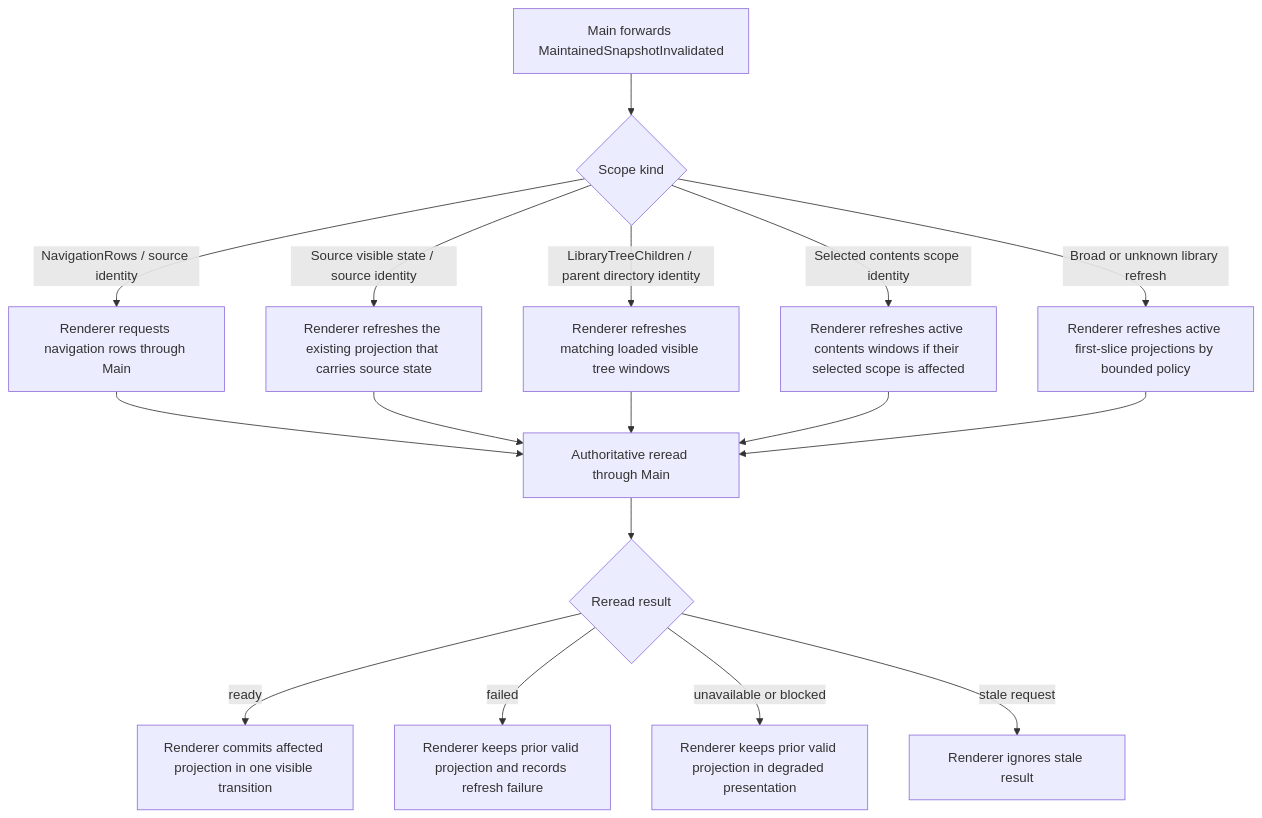
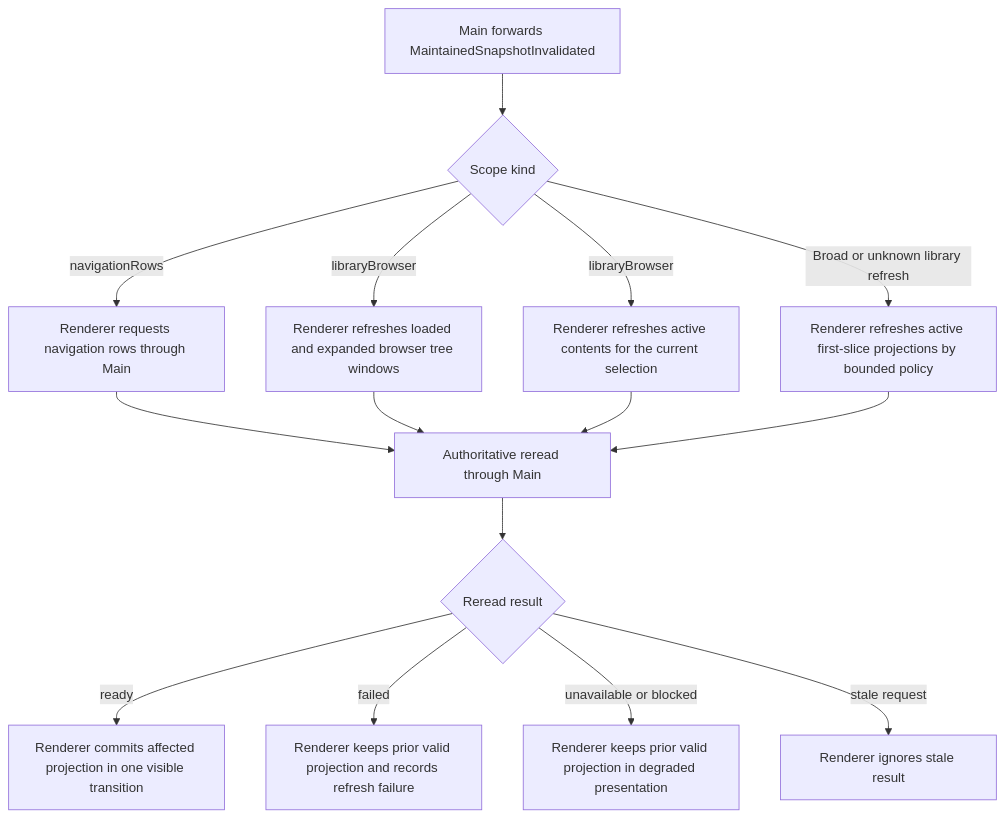
The ninth of 14 diagrams in docs/library/library-substrate-e2e-flow-diagrams.md (maikeleckelboom/dekzer-legacy), drawn with Mermaid before and after one commit. The commit also changed other lines of this file and 19 other files, not shown here.

````diff
--- a/docs/library/library-substrate-e2e-flow-diagrams.md
+++ b/docs/library/library-substrate-e2e-flow-diagrams.md
@@ -534,19 +534,17 @@
 ```mermaid
 flowchart TD
   A["Main forwards MaintainedSnapshotInvalidated"] --> B{"Scope kind"}
-  B -->|" NavigationRows / source identity "| C["Renderer requests navigation rows through Main"]
-  B -->|" Source visible state / source identity "| D["Renderer refreshes the existing projection that carries source state"]
-  B -->|" LibraryTreeChildren / parent directory identity "| E["Renderer refreshes matching loaded visible tree windows"]
-  B -->|" Selected contents scope identity "| F["Renderer refreshes active contents windows if their selected scope is affected"]
+  B -->|" navigationRows "| C["Renderer requests navigation rows through Main"]
+  B -->|" libraryBrowser "| D["Renderer refreshes loaded and expanded browser tree windows"]
+  B -->|" libraryBrowser "| F["Renderer refreshes active contents for the current selection"]
   B -->|" Broad or unknown library refresh "| G["Renderer refreshes active first-slice projections by bounded policy"]
   C --> H["Authoritative reread through Main"]
   D --> H
-  E --> H
   F --> H
   G --> H
   H --> I{"Reread result"}
   I -->|" ready "| J["Renderer commits affected projection in one visible transition"]
   I -->|" failed "| K["Renderer keeps prior valid projection and records refresh failure"]
   I -->|" unavailable or blocked "| L["Renderer keeps prior valid projection in degraded presentation"]
   I -->|" stale request "| M["Renderer ignores stale result"]
 ```
````
